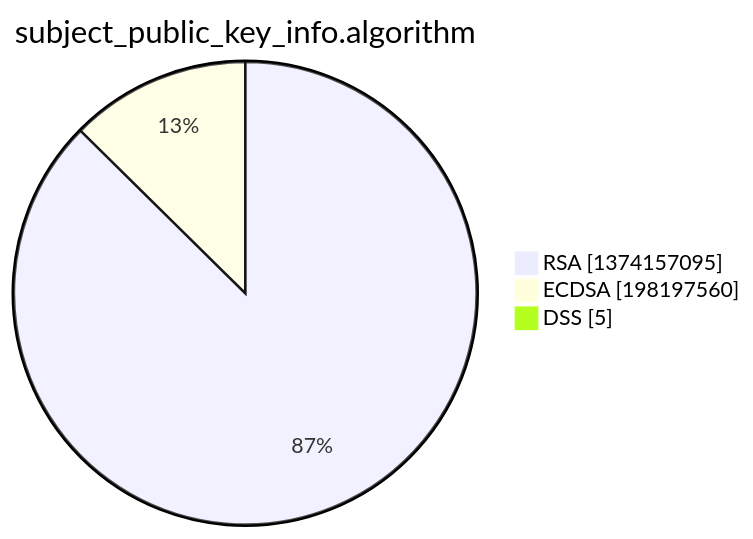
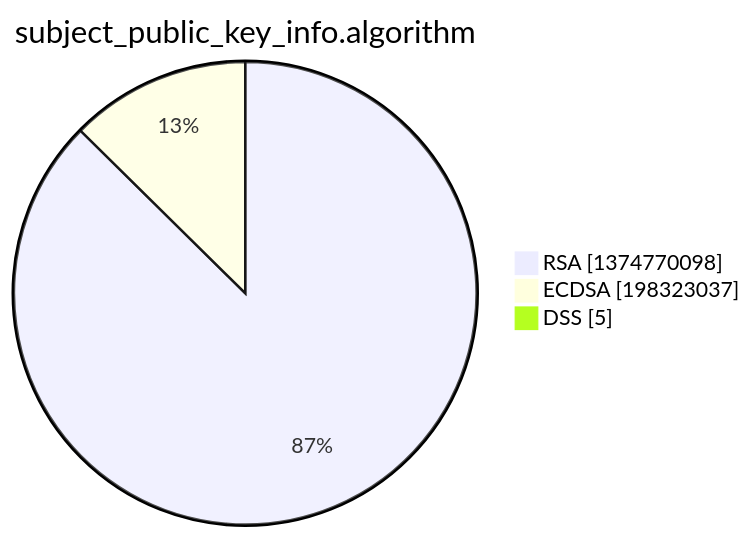
One commit to christiankrug/ctmonitor_visualization changed the third of 15 diagrams in xenon2022/README.md. Above: the diagram before and after it, drawn with Mermaid. The commit also changed other lines of this file, not shown here.

````diff
--- a/xenon2022/README.md
+++ b/xenon2022/README.md
@@ -14,7 +14,7 @@
 ```mermaid
 pie showData
 title subject_public_key_info.algorithm
-"RSA" :1374157095
-"ECDSA" :198197560
+"RSA" :1374770098
+"ECDSA" :198323037
 "DSS" :5
 ```
````
